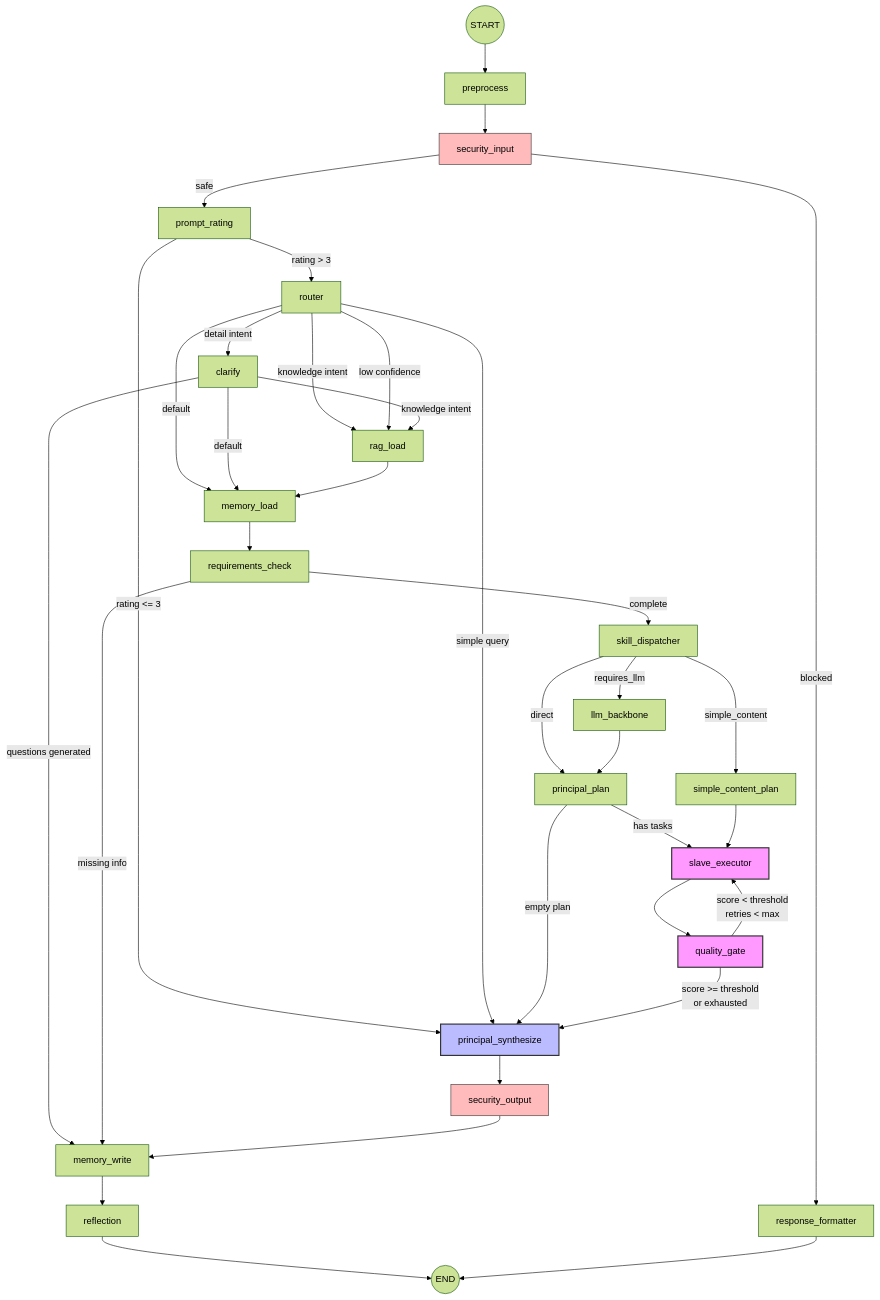
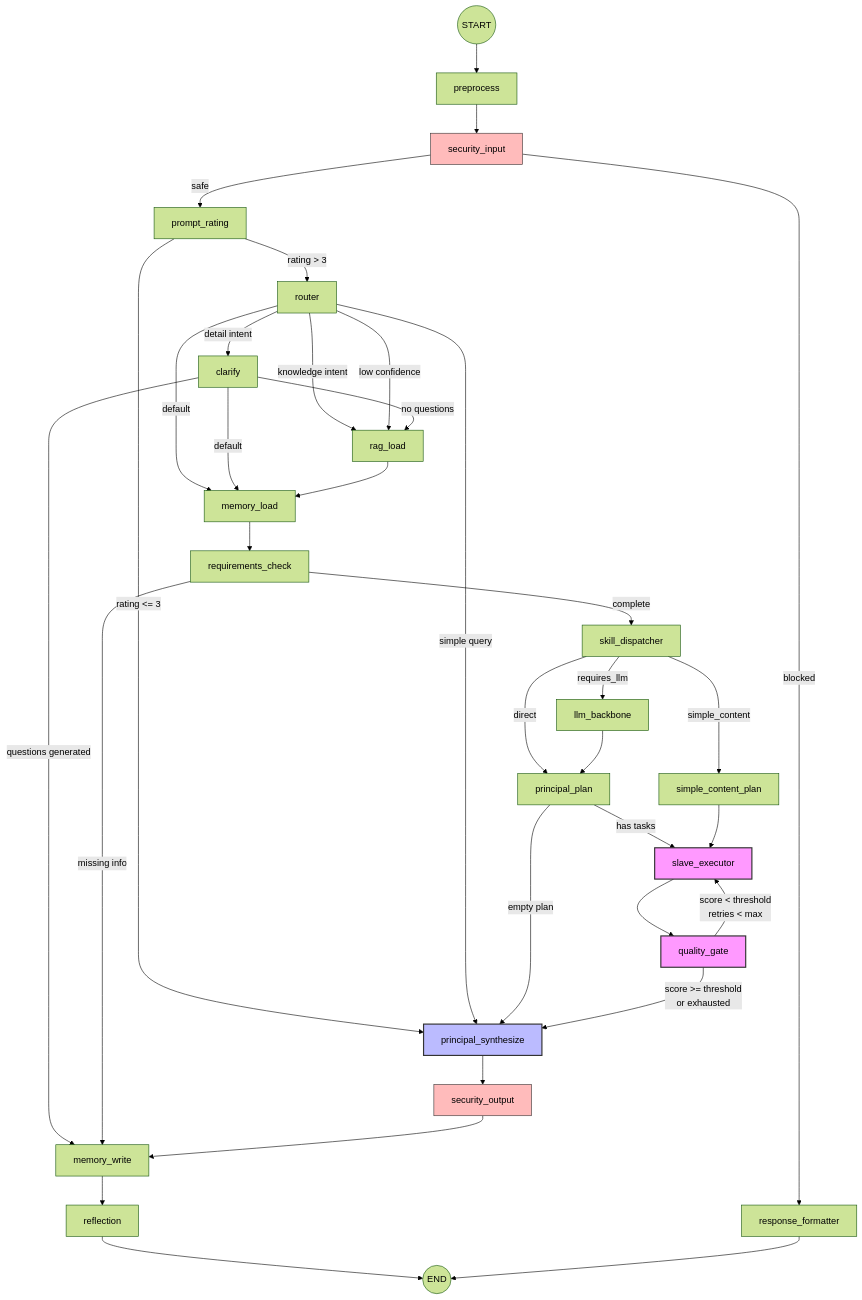
The diagram in README.md (anexlbk/Asuq-ai), drawn with Mermaid (forest theme) before and after one commit. The commit also changed other lines of this file and 37 other files, not shown here.

````diff
--- a/README.md
+++ b/README.md
@@ -17,56 +19,56 @@
 ```mermaid
 graph TD
     START((START)) --> preprocess
     preprocess --> security_input
 
     security_input -->|safe| prompt_rating
     security_input -->|blocked| response_formatter
 
     prompt_rating -->|"rating <= 3"| principal_synthesize
     prompt_rating -->|rating > 3| router
 
     router -->|simple query| principal_synthesize
     router -->|detail intent| clarify
     router -->|knowledge intent| rag_load
     router -->|low confidence| rag_load
     router -->|default| memory_load
 
     clarify -->|questions generated| memory_write
-    clarify -->|knowledge intent| rag_load
+    clarify -->|no questions| rag_load
     clarify -->|default| memory_load
 
     rag_load --> memory_load
     memory_load --> requirements_check
 
     requirements_check -->|missing info| memory_write
     requirements_check -->|complete| skill_dispatcher
 
     skill_dispatcher -->|requires_llm| llm_backbone
     skill_dispatcher -->|simple_content| simple_content_plan
     skill_dispatcher -->|direct| principal_plan
 
     llm_backbone --> principal_plan
 
     principal_plan -->|has tasks| slave_executor
     principal_plan -->|empty plan| principal_synthesize
 
     simple_content_plan --> slave_executor
 
     slave_executor --> quality_gate
 
     quality_gate -->|"score < threshold<br/>retries < max"| slave_executor
     quality_gate -->|"score >= threshold<br/>or exhausted"| principal_synthesize
 
     principal_synthesize --> security_output
     security_output --> memory_write
     memory_write --> reflection
     reflection --> END((END))
 
     response_formatter --> END((END))
 
     style slave_executor fill:#f9f,stroke:#333,stroke-width:2px
     style quality_gate fill:#f9f,stroke:#333,stroke-width:2px
     style principal_synthesize fill:#bbf,stroke:#333,stroke-width:2px
     style security_input fill:#fbb,stroke:#333,stroke-width:1px
     style security_output fill:#fbb,stroke:#333,stroke-width:1px
 ```
````
